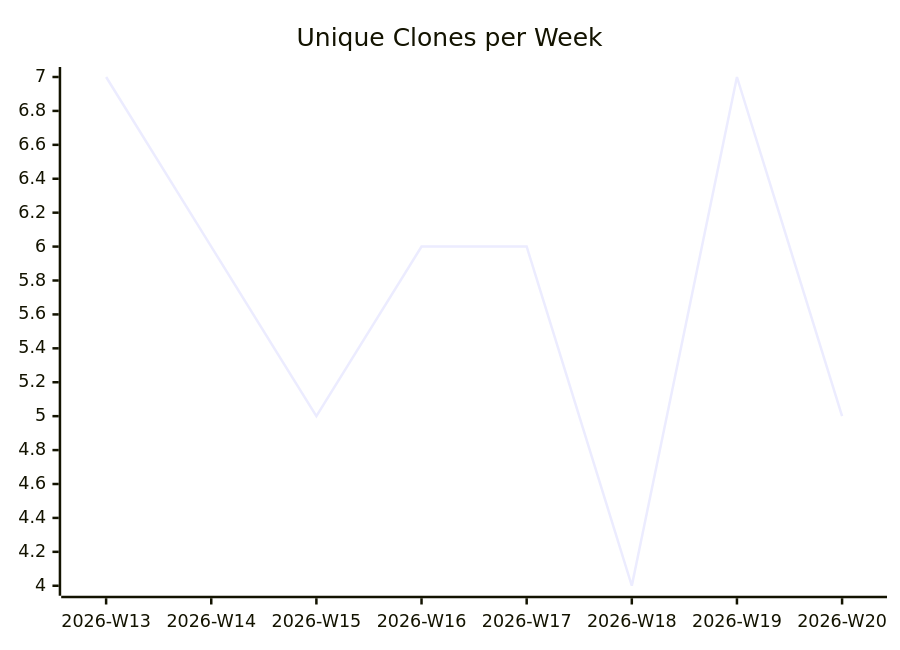
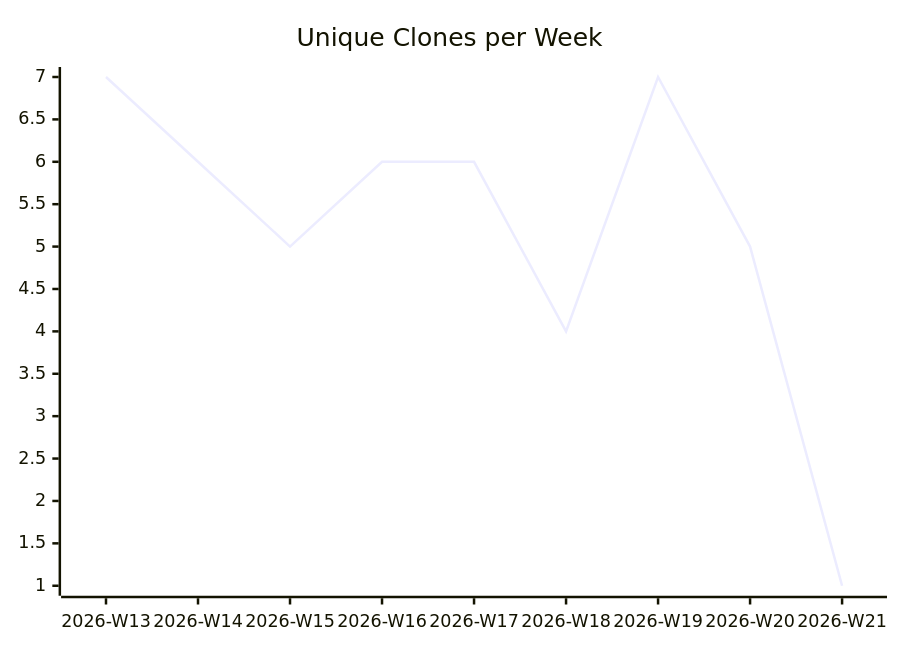
The third of 3 diagrams in karlmdavis/lego-ev3dev-rs/README.md (justdavis-family/github-analytics-data), drawn with Mermaid before and after one commit. The commit also changed other lines of this file and 189 other files, not shown here.

````diff
--- a/karlmdavis/lego-ev3dev-rs/README.md
+++ b/karlmdavis/lego-ev3dev-rs/README.md
@@ -19,6 +19,6 @@
 ```mermaid
 xychart-beta
   title "Unique Clones per Week"
-  x-axis ["2026-W13", "2026-W14", "2026-W15", "2026-W16", "2026-W17", "2026-W18", "2026-W19", "2026-W20"]
-  line [7, 6, 5, 6, 6, 4, 7, 5]
+  x-axis ["2026-W13", "2026-W14", "2026-W15", "2026-W16", "2026-W17", "2026-W18", "2026-W19", "2026-W20", "2026-W21"]
+  line [7, 6, 5, 6, 6, 4, 7, 5, 1]
 ```
````
